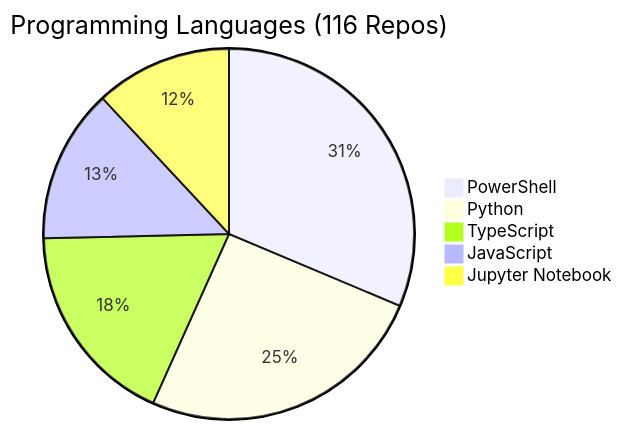
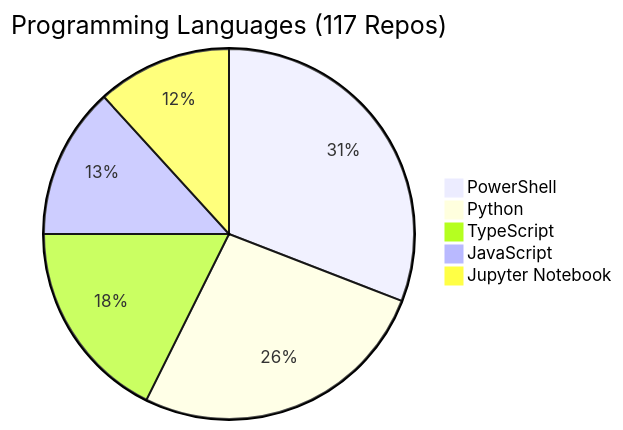
The diagram in REPOS.md (fabioc-aloha/fabioc-aloha), drawn with Mermaid before and after one commit. The commit also changed other lines of this file and 1 other file, not shown here.

````diff
--- a/REPOS.md
+++ b/REPOS.md
@@ -159,8 +160,8 @@
 ```mermaid
-pie title Programming Languages (116 Repos)
+pie title Programming Languages (117 Repos)
     "PowerShell" : 21
-    "Python" : 17
+    "Python" : 18
     "TypeScript" : 12
     "JavaScript" : 9
     "Jupyter Notebook" : 8
 ```
````
